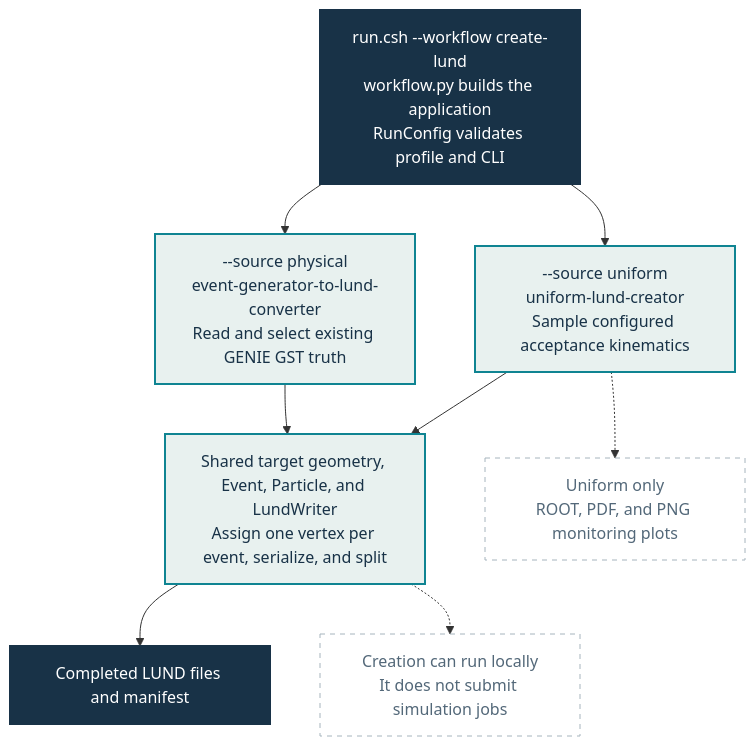
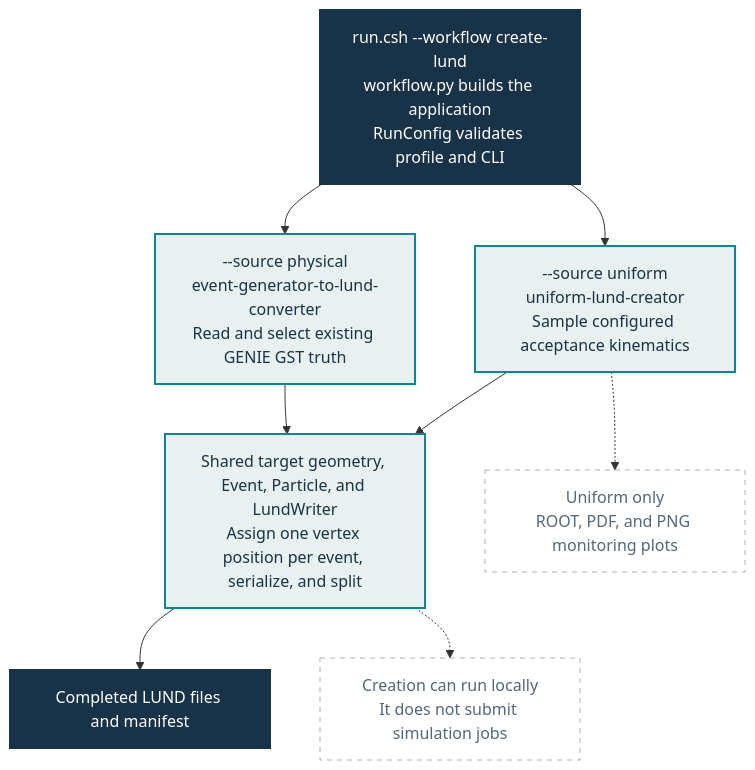
The diagram in docs/create-lund/index.md (alons126/CLAS12-sample-generator), drawn with Mermaid before and after one commit. The commit also changed 68 other files, not shown here.

Commit message:
Standardize LUND vertex position terminology

````diff
--- a/docs/create-lund/index.md
+++ b/docs/create-lund/index.md
@@ -5,25 +5,25 @@
 ```mermaid
 flowchart TD
     BUILD["run.csh --workflow create-lund<br/>workflow.py builds the application<br/>RunConfig validates profile and CLI"]
     U["--source uniform<br/>uniform-lund-creator<br/>Sample configured acceptance kinematics"]
     P["--source physical<br/>event-generator-to-lund-converter<br/>Read and select existing GENIE GST truth"]
-    SHARED["Shared target geometry, Event, Particle, and LundWriter<br/>Assign one vertex per event, serialize, and split"]
+    SHARED["Shared target geometry, Event, Particle, and LundWriter<br/>Assign one vertex position per event, serialize, and split"]
     DONE["Completed LUND files and manifest"]
     MONITORING["Uniform only<br/>ROOT, PDF, and PNG monitoring plots"]
     LOCAL["Creation can run locally<br/>It does not submit simulation jobs"]
 
     BUILD --> U
     BUILD --> P
     U --> SHARED
     P --> SHARED
     SHARED --> DONE
     U -.-> MONITORING
     SHARED -.-> LOCAL
 
     classDef endpoint fill:#183247,color:#ffffff,stroke:#183247,stroke-width:2px;
     classDef stage fill:#e8f1ef,color:#183247,stroke:#0f8492,stroke-width:2px;
     classDef note fill:#ffffff,color:#536879,stroke:#a6b4bd,stroke-dasharray:5 5;
     class BUILD,DONE endpoint;
     class U,P,SHARED stage;
     class MONITORING,LOCAL note;
 ```
````
